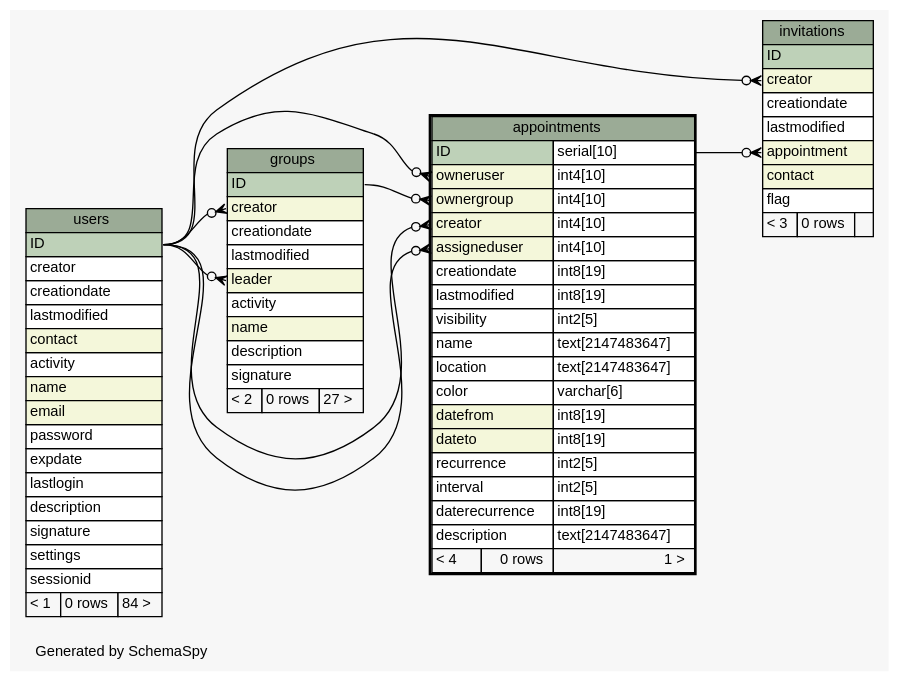
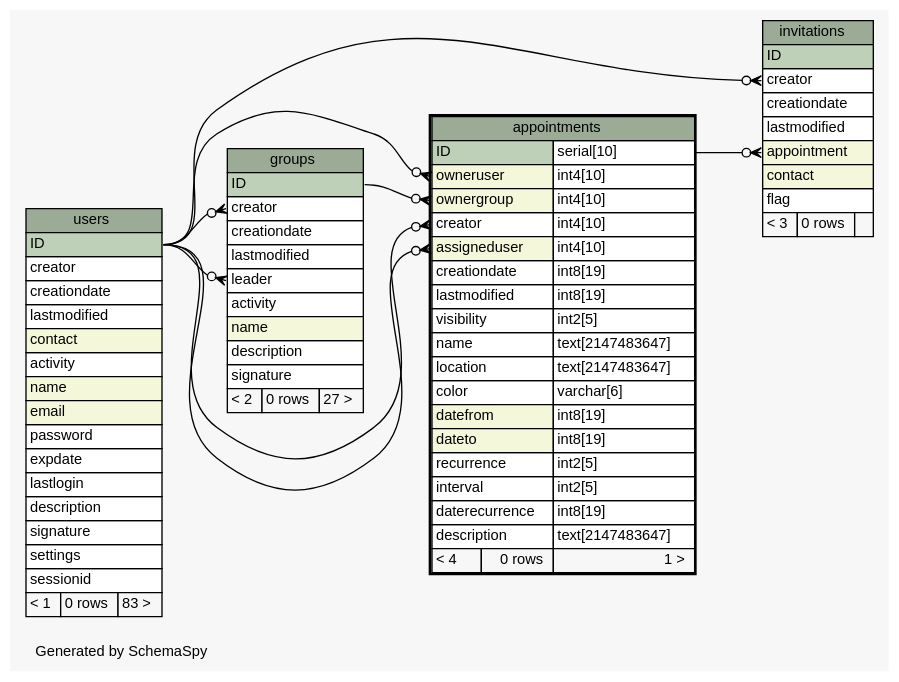
Before and after one commit to zeyosinc/zeyos-schema: the diagram in diagrams/appointments.1degree.dot, drawn with Graphviz. The commit also changed 277 other files, not shown here.

```diff
--- a/diagrams/appointments.1degree.dot
+++ b/diagrams/appointments.1degree.dot
@@ -1,114 +1,114 @@
 // dot 2.38.0 on Windows 8.1 6.3
 // SchemaSpy rev 590
 digraph "oneDegreeRelationshipsDiagram" {
   graph [
     rankdir="RL"
     bgcolor="#f7f7f7"
     label="\nGenerated by SchemaSpy"
     labeljust="l"
     nodesep="0.18"
     ranksep="0.46"
     fontname="Helvetica"
     fontsize="11"
   ];
   node [
     fontname="Helvetica"
     fontsize="11"
     shape="plaintext"
   ];
   edge [
     arrowsize="0.8"
   ];
   "appointments":"assigneduser":w -> "users":"ID":e [arrowhead=none dir=back arrowtail=crowodot];
   "appointments":"creator":w -> "users":"ID":e [arrowhead=none dir=back arrowtail=crowodot];
   "appointments":"ownergroup":w -> "groups":"ID":e [arrowhead=none dir=back arrowtail=crowodot];
   "appointments":"owneruser":w -> "users":"ID":e [arrowhead=none dir=back arrowtail=crowodot];
   "groups":"creator":w -> "users":"ID":e [arrowhead=none dir=back arrowtail=crowodot];
   "groups":"leader":w -> "users":"ID":e [arrowhead=none dir=back arrowtail=crowodot];
   "invitations":"appointment":w -> "appointments":"ID.type":e [arrowhead=none dir=back arrowtail=crowodot];
   "invitations":"creator":w -> "users":"ID":e [arrowhead=none dir=back arrowtail=crowodot];
   "appointments" [
     label=<
     <TABLE BORDER="2" CELLBORDER="1" CELLSPACING="0" BGCOLOR="#ffffff">
       <TR><TD COLSPAN="3" BGCOLOR="#9bab96" ALIGN="CENTER">appointments</TD></TR>
       <TR><TD PORT="ID" COLSPAN="2" BGCOLOR="#bed1b8" ALIGN="LEFT">ID</TD><TD PORT="ID.type" ALIGN="LEFT">serial[10]</TD></TR>
       <TR><TD PORT="owneruser" COLSPAN="2" BGCOLOR="#f4f7da" ALIGN="LEFT">owneruser</TD><TD PORT="owneruser.type" ALIGN="LEFT">int4[10]</TD></TR>
       <TR><TD PORT="ownergroup" COLSPAN="2" BGCOLOR="#f4f7da" ALIGN="LEFT">ownergroup</TD><TD PORT="ownergroup.type" ALIGN="LEFT">int4[10]</TD></TR>
-      <TR><TD PORT="creator" COLSPAN="2" BGCOLOR="#f4f7da" ALIGN="LEFT">creator</TD><TD PORT="creator.type" ALIGN="LEFT">int4[10]</TD></TR>
+      <TR><TD PORT="creator" COLSPAN="2" ALIGN="LEFT">creator</TD><TD PORT="creator.type" ALIGN="LEFT">int4[10]</TD></TR>
       <TR><TD PORT="assigneduser" COLSPAN="2" BGCOLOR="#f4f7da" ALIGN="LEFT">assigneduser</TD><TD PORT="assigneduser.type" ALIGN="LEFT">int4[10]</TD></TR>
       <TR><TD PORT="creationdate" COLSPAN="2" ALIGN="LEFT">creationdate</TD><TD PORT="creationdate.type" ALIGN="LEFT">int8[19]</TD></TR>
       <TR><TD PORT="lastmodified" COLSPAN="2" ALIGN="LEFT">lastmodified</TD><TD PORT="lastmodified.type" ALIGN="LEFT">int8[19]</TD></TR>
       <TR><TD PORT="visibility" COLSPAN="2" ALIGN="LEFT">visibility</TD><TD PORT="visibility.type" ALIGN="LEFT">int2[5]</TD></TR>
       <TR><TD PORT="name" COLSPAN="2" ALIGN="LEFT">name</TD><TD PORT="name.type" ALIGN="LEFT">text[2147483647]</TD></TR>
       <TR><TD PORT="location" COLSPAN="2" ALIGN="LEFT">location</TD><TD PORT="location.type" ALIGN="LEFT">text[2147483647]</TD></TR>
       <TR><TD PORT="color" COLSPAN="2" ALIGN="LEFT">color</TD><TD PORT="color.type" ALIGN="LEFT">varchar[6]</TD></TR>
       <TR><TD PORT="datefrom" COLSPAN="2" BGCOLOR="#f4f7da" ALIGN="LEFT">datefrom</TD><TD PORT="datefrom.type" ALIGN="LEFT">int8[19]</TD></TR>
       <TR><TD PORT="dateto" COLSPAN="2" BGCOLOR="#f4f7da" ALIGN="LEFT">dateto</TD><TD PORT="dateto.type" ALIGN="LEFT">int8[19]</TD></TR>
       <TR><TD PORT="recurrence" COLSPAN="2" ALIGN="LEFT">recurrence</TD><TD PORT="recurrence.type" ALIGN="LEFT">int2[5]</TD></TR>
       <TR><TD PORT="interval" COLSPAN="2" ALIGN="LEFT">interval</TD><TD PORT="interval.type" ALIGN="LEFT">int2[5]</TD></TR>
       <TR><TD PORT="daterecurrence" COLSPAN="2" ALIGN="LEFT">daterecurrence</TD><TD PORT="daterecurrence.type" ALIGN="LEFT">int8[19]</TD></TR>
       <TR><TD PORT="description" COLSPAN="2" ALIGN="LEFT">description</TD><TD PORT="description.type" ALIGN="LEFT">text[2147483647]</TD></TR>
       <TR><TD ALIGN="LEFT" BGCOLOR="#f7f7f7">&lt; 4</TD><TD ALIGN="RIGHT" BGCOLOR="#f7f7f7">0 rows</TD><TD ALIGN="RIGHT" BGCOLOR="#f7f7f7">1 &gt;</TD></TR>
     </TABLE>>
     URL="appointments.html"
     tooltip="appointments"
   ];
   "groups" [
     label=<
     <TABLE BORDER="0" CELLBORDER="1" CELLSPACING="0" BGCOLOR="#ffffff">
       <TR><TD COLSPAN="3" BGCOLOR="#9bab96" ALIGN="CENTER">groups</TD></TR>
       <TR><TD PORT="ID" COLSPAN="3" BGCOLOR="#bed1b8" ALIGN="LEFT">ID</TD></TR>
-      <TR><TD PORT="creator" COLSPAN="3" BGCOLOR="#f4f7da" ALIGN="LEFT">creator</TD></TR>
+      <TR><TD PORT="creator" COLSPAN="3" ALIGN="LEFT">creator</TD></TR>
       <TR><TD PORT="creationdate" COLSPAN="3" ALIGN="LEFT">creationdate</TD></TR>
       <TR><TD PORT="lastmodified" COLSPAN="3" ALIGN="LEFT">lastmodified</TD></TR>
-      <TR><TD PORT="leader" COLSPAN="3" BGCOLOR="#f4f7da" ALIGN="LEFT">leader</TD></TR>
+      <TR><TD PORT="leader" COLSPAN="3" ALIGN="LEFT">leader</TD></TR>
       <TR><TD PORT="activity" COLSPAN="3" ALIGN="LEFT">activity</TD></TR>
       <TR><TD PORT="name" COLSPAN="3" BGCOLOR="#f4f7da" ALIGN="LEFT">name</TD></TR>
       <TR><TD PORT="description" COLSPAN="3" ALIGN="LEFT">description</TD></TR>
       <TR><TD PORT="signature" COLSPAN="3" ALIGN="LEFT">signature</TD></TR>
       <TR><TD ALIGN="LEFT" BGCOLOR="#f7f7f7">&lt; 2</TD><TD ALIGN="RIGHT" BGCOLOR="#f7f7f7">0 rows</TD><TD ALIGN="RIGHT" BGCOLOR="#f7f7f7">27 &gt;</TD></TR>
     </TABLE>>
     URL="groups.html"
     tooltip="groups"
   ];
   "invitations" [
     label=<
     <TABLE BORDER="0" CELLBORDER="1" CELLSPACING="0" BGCOLOR="#ffffff">
       <TR><TD COLSPAN="3" BGCOLOR="#9bab96" ALIGN="CENTER">invitations</TD></TR>
       <TR><TD PORT="ID" COLSPAN="3" BGCOLOR="#bed1b8" ALIGN="LEFT">ID</TD></TR>
-      <TR><TD PORT="creator" COLSPAN="3" BGCOLOR="#f4f7da" ALIGN="LEFT">creator</TD></TR>
+      <TR><TD PORT="creator" COLSPAN="3" ALIGN="LEFT">creator</TD></TR>
       <TR><TD PORT="creationdate" COLSPAN="3" ALIGN="LEFT">creationdate</TD></TR>
       <TR><TD PORT="lastmodified" COLSPAN="3" ALIGN="LEFT">lastmodified</TD></TR>
       <TR><TD PORT="appointment" COLSPAN="3" BGCOLOR="#f4f7da" ALIGN="LEFT">appointment</TD></TR>
       <TR><TD PORT="contact" COLSPAN="3" BGCOLOR="#f4f7da" ALIGN="LEFT">contact</TD></TR>
       <TR><TD PORT="flag" COLSPAN="3" ALIGN="LEFT">flag</TD></TR>
       <TR><TD ALIGN="LEFT" BGCOLOR="#f7f7f7">&lt; 3</TD><TD ALIGN="RIGHT" BGCOLOR="#f7f7f7">0 rows</TD><TD ALIGN="RIGHT" BGCOLOR="#f7f7f7">  </TD></TR>
     </TABLE>>
     URL="invitations.html"
     tooltip="invitations"
   ];
   "users" [
     label=<
     <TABLE BORDER="0" CELLBORDER="1" CELLSPACING="0" BGCOLOR="#ffffff">
       <TR><TD COLSPAN="3" BGCOLOR="#9bab96" ALIGN="CENTER">users</TD></TR>
       <TR><TD PORT="ID" COLSPAN="3" BGCOLOR="#bed1b8" ALIGN="LEFT">ID</TD></TR>
       <TR><TD PORT="creator" COLSPAN="3" ALIGN="LEFT">creator</TD></TR>
       <TR><TD PORT="creationdate" COLSPAN="3" ALIGN="LEFT">creationdate</TD></TR>
       <TR><TD PORT="lastmodified" COLSPAN="3" ALIGN="LEFT">lastmodified</TD></TR>
       <TR><TD PORT="contact" COLSPAN="3" BGCOLOR="#f4f7da" ALIGN="LEFT">contact</TD></TR>
       <TR><TD PORT="activity" COLSPAN="3" ALIGN="LEFT">activity</TD></TR>
       <TR><TD PORT="name" COLSPAN="3" BGCOLOR="#f4f7da" ALIGN="LEFT">name</TD></TR>
       <TR><TD PORT="email" COLSPAN="3" BGCOLOR="#f4f7da" ALIGN="LEFT">email</TD></TR>
       <TR><TD PORT="password" COLSPAN="3" ALIGN="LEFT">password</TD></TR>
       <TR><TD PORT="expdate" COLSPAN="3" ALIGN="LEFT">expdate</TD></TR>
       <TR><TD PORT="lastlogin" COLSPAN="3" ALIGN="LEFT">lastlogin</TD></TR>
       <TR><TD PORT="description" COLSPAN="3" ALIGN="LEFT">description</TD></TR>
       <TR><TD PORT="signature" COLSPAN="3" ALIGN="LEFT">signature</TD></TR>
       <TR><TD PORT="settings" COLSPAN="3" ALIGN="LEFT">settings</TD></TR>
       <TR><TD PORT="sessionid" COLSPAN="3" ALIGN="LEFT">sessionid</TD></TR>
-      <TR><TD ALIGN="LEFT" BGCOLOR="#f7f7f7">&lt; 1</TD><TD ALIGN="RIGHT" BGCOLOR="#f7f7f7">0 rows</TD><TD ALIGN="RIGHT" BGCOLOR="#f7f7f7">84 &gt;</TD></TR>
+      <TR><TD ALIGN="LEFT" BGCOLOR="#f7f7f7">&lt; 1</TD><TD ALIGN="RIGHT" BGCOLOR="#f7f7f7">0 rows</TD><TD ALIGN="RIGHT" BGCOLOR="#f7f7f7">83 &gt;</TD></TR>
     </TABLE>>
     URL="users.html"
     tooltip="users"
   ];
 }
```
